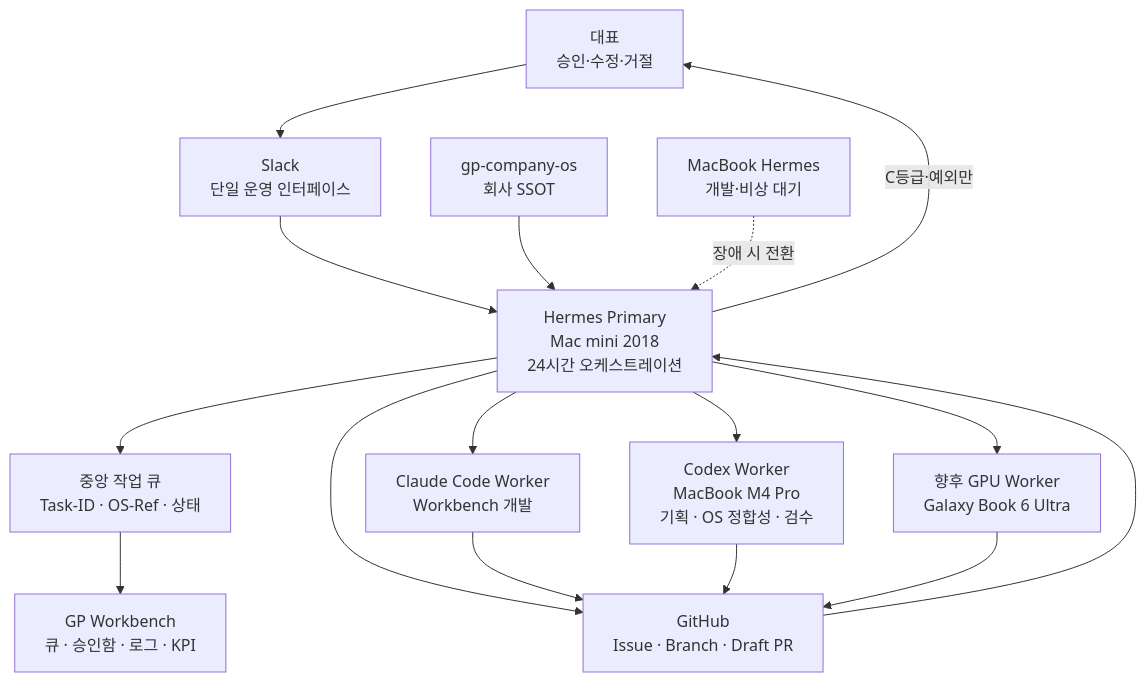
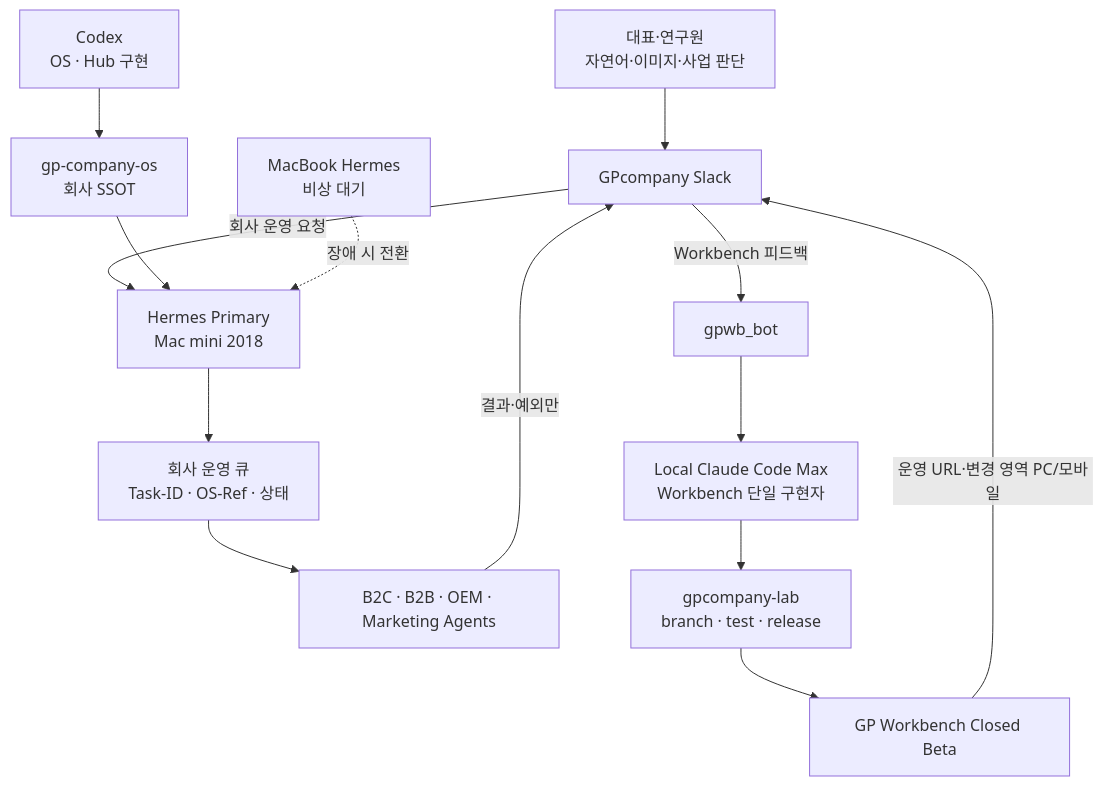
One commit to ajseo-gp/gp-company-os changed the second of 2 diagrams in README.md. Above: the diagram before and after it, drawn with Mermaid. The commit also changed other lines of this file and 22 other files, not shown here.

First line of the commit message:
docs: Workbench Fast Lane and Hermes natural-language orchestration (#3)

````diff
--- a/README.md
+++ b/README.md
@@ -81,24 +82,19 @@
 ```mermaid
 flowchart TD
-    CEO["대표<br/>승인·수정·거절"] --> SLACK["Slack<br/>단일 운영 인터페이스"]
+    CEO["대표·연구원<br/>자연어·이미지·사업 판단"] --> SLACK["GPcompany Slack"]
 
-    SLACK --> HP["Hermes Primary<br/>Mac mini 2018<br/>24시간 오케스트레이션"]
+    SLACK -->|"회사 운영 요청"| HP["Hermes Primary<br/>Mac mini 2018"]
     OS["gp-company-os<br/>회사 SSOT"] --> HP
+    CODEX["Codex<br/>OS · Hub 구현"] --> OS
+    HP --> QUEUE["회사 운영 큐<br/>Task-ID · OS-Ref · 상태"]
+    QUEUE --> OPS["B2C · B2B · OEM · Marketing Agents"]
+    OPS -->|"결과·예외만"| SLACK
 
-    HP --> QUEUE["중앙 작업 큐<br/>Task-ID · OS-Ref · 상태"]
-    QUEUE --> WB["GP Workbench<br/>큐 · 승인함 · 로그 · KPI"]
+    SLACK -->|"Workbench 피드백"| BOT["gpwb_bot"]
+    BOT --> CLAUDE["Local Claude Code Max<br/>Workbench 단일 구현자"]
+    CLAUDE --> GH["gpcompany-lab<br/>branch · test · release"]
+    GH --> WB["GP Workbench Closed Beta"]
+    WB -->|"운영 URL·변경 영역 PC/모바일"| SLACK
 
-    HP --> GH["GitHub<br/>Issue · Branch · Draft PR"]
-    HP --> CLAUDE["Claude Code Worker<br/>Workbench 개발"]
-    HP --> CODEX["Codex Worker<br/>MacBook M4 Pro<br/>기획 · OS 정합성 · 검수"]
-    HP --> GPU["향후 GPU Worker<br/>Galaxy Book 6 Ultra"]
-
-    CLAUDE --> GH
-    CODEX --> GH
-    GPU --> GH
-
-    GH --> HP
-    HP -->|"C등급·예외만"| CEO
-
-    HS["MacBook Hermes<br/>개발·비상 대기"] -.장애 시 전환.-> HP
+    HS["MacBook Hermes<br/>비상 대기"] -.장애 시 전환.-> HP
 ```
````
